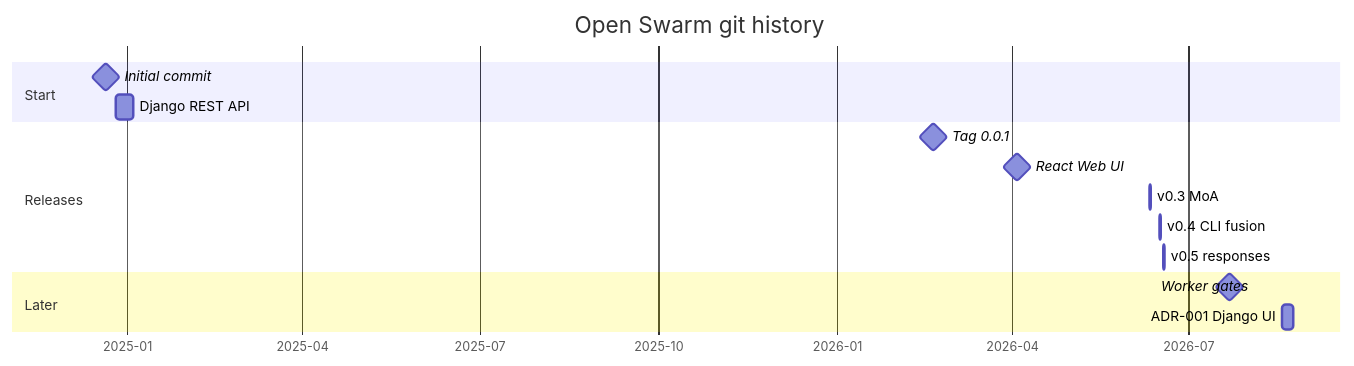
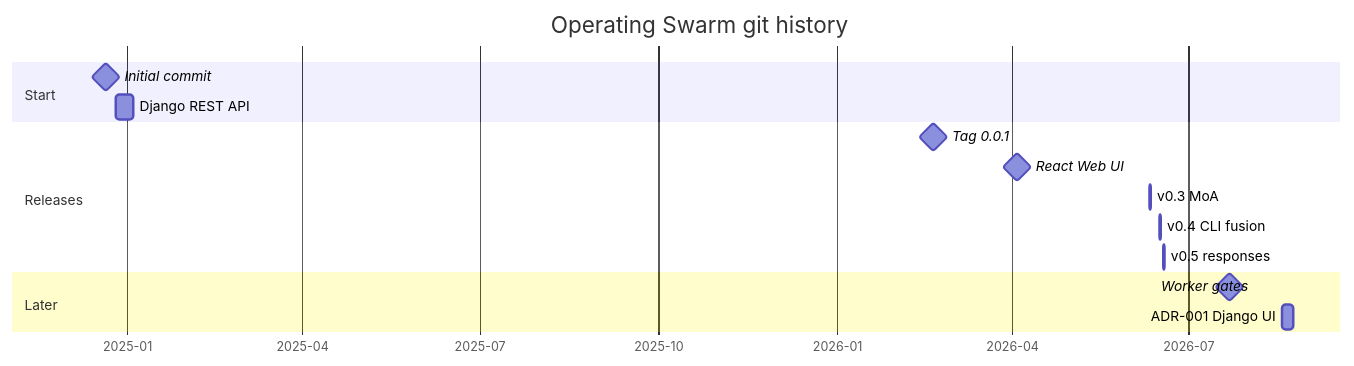
Before and after one commit to matthewhand/operating-swarm: the sixth of 6 diagrams in docs/DEVELOPER.md, drawn with Mermaid. The commit also changed other lines of this file and 1784 other files, not shown here.

````diff
--- a/docs/DEVELOPER.md
+++ b/docs/DEVELOPER.md
@@ -192,18 +192,18 @@
 ```mermaid
 gantt
-    title Open Swarm git history
+    title Operating Swarm git history
     dateFormat YYYY-MM-DD
     axisFormat %Y-%m
     section Start
     Initial commit           :milestone, 2024-12-21, 0d
     Django REST API          :2024-12-26, 2025-01-04
     section Releases
     Tag 0.0.1                :milestone, 2026-02-20, 0d
     React Web UI             :milestone, 2026-04-04, 0d
     v0.3 MoA                 :2026-06-11, 2026-06-12
     v0.4 CLI fusion          :2026-06-16, 2026-06-17
     v0.5 responses           :2026-06-18, 2026-06-19
     section Later
     Worker gates             :milestone, 2026-07-22, 0d
     ADR-001 Django UI        :2026-08-18, 2026-08-24
 ```
````
